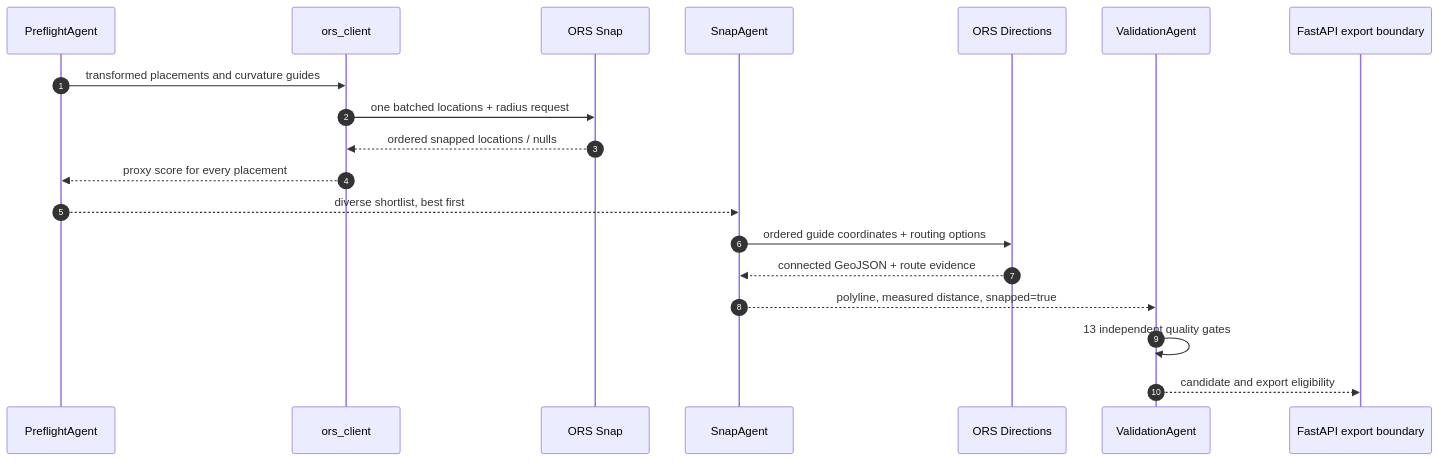
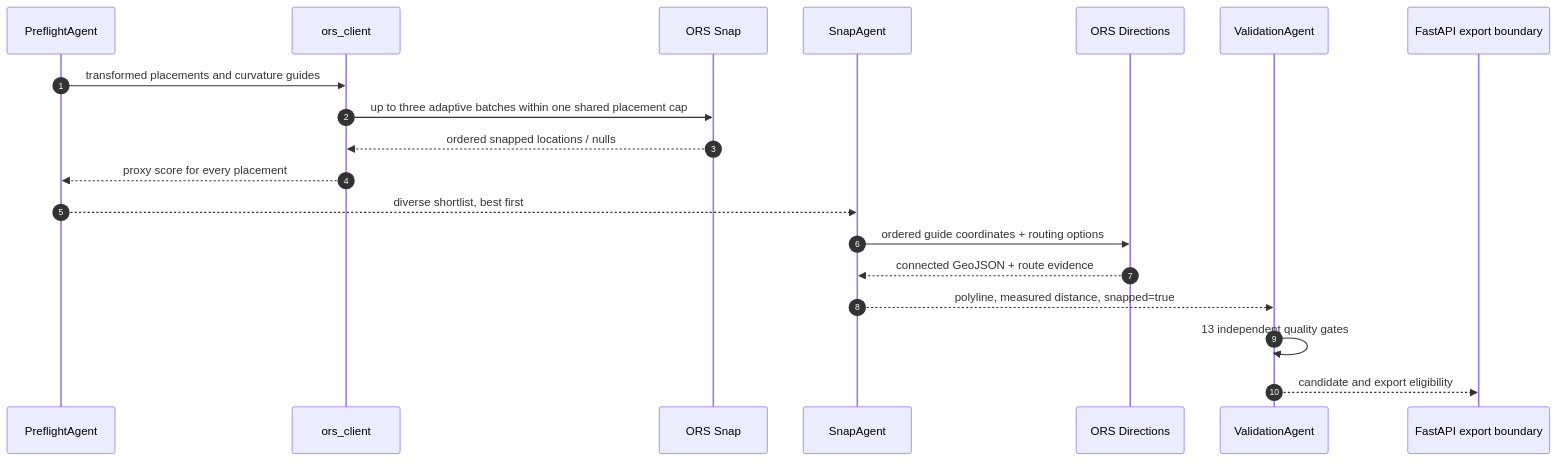
One commit to ak91hu/CityShapeRunner changed the second of 9 diagrams in docs/external-apis.md. Above: the diagram before and after it, drawn with Mermaid. The commit also changed other lines of this file and 83 other files, not shown here.

````diff
--- a/docs/external-apis.md
+++ b/docs/external-apis.md
@@ -177,22 +177,22 @@
 ```mermaid
 sequenceDiagram
     autonumber
     participant P as PreflightAgent
     participant OC as ors_client
     participant Snap as ORS Snap
     participant S as SnapAgent
     participant Dir as ORS Directions
     participant V as ValidationAgent
     participant API as FastAPI export boundary
 
     P->>OC: transformed placements and curvature guides
-    OC->>Snap: one batched locations + radius request
+    OC->>Snap: up to three adaptive batches within one shared placement cap
     Snap-->>OC: ordered snapped locations / nulls
     OC-->>P: proxy score for every placement
     P-->>S: diverse shortlist, best first
     S->>Dir: ordered guide coordinates + routing options
     Dir-->>S: connected GeoJSON + route evidence
     S-->>V: polyline, measured distance, snapped=true
     V->>V: 13 independent quality gates
     V-->>API: candidate and export eligibility
 ```
````
